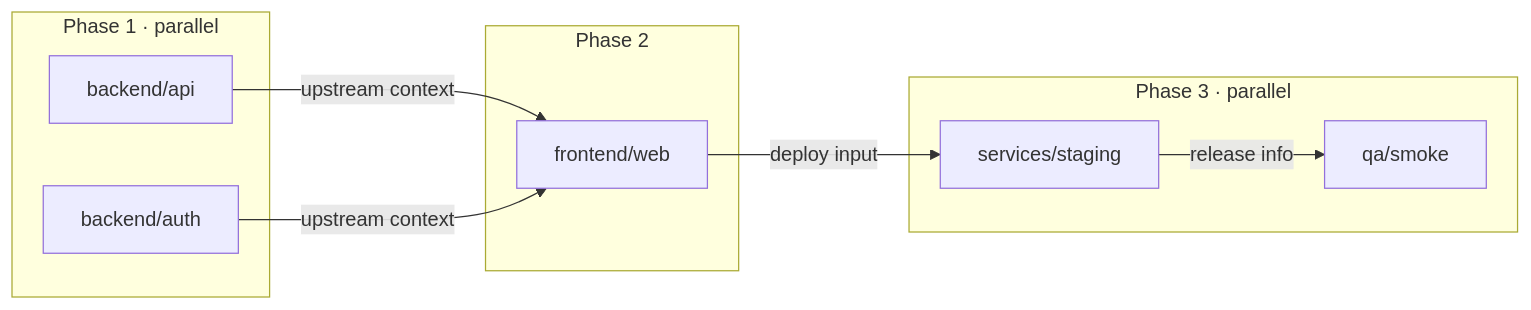
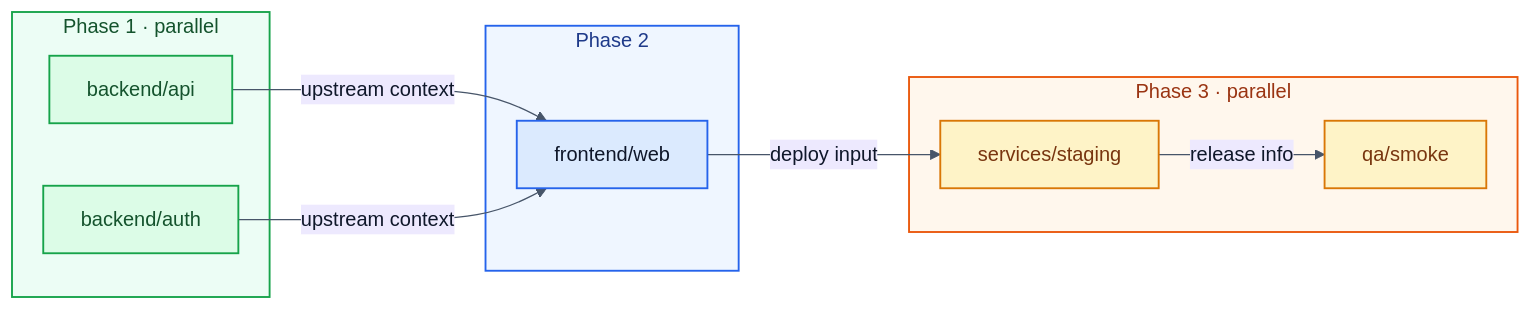
One commit to matteblack9/coding-agent-fabric changed the sixth of 12 diagrams in README.md. Above: the diagram before and after it, drawn with Mermaid. The commit also changed other lines of this file, not shown here.

Commit message:
docs: colorize README mermaid diagrams

````diff
--- a/README.md
+++ b/README.md
@@ -244,21 +309,32 @@
 ```mermaid
+%%{init: {"theme":"base","themeVariables":{"primaryColor":"#E6F1FB","primaryTextColor":"#0F172A","primaryBorderColor":"#185FA5","secondaryColor":"#EDE9FE","secondaryTextColor":"#1F2937","secondaryBorderColor":"#7C3AED","tertiaryColor":"#ECFDF5","tertiaryTextColor":"#14532D","tertiaryBorderColor":"#16A34A","lineColor":"#475569","clusterBkg":"#F8FAFC","clusterBorder":"#94A3B8","noteBkgColor":"#FEF3C7","noteTextColor":"#78350F","noteBorderColor":"#D97706","activationBkgColor":"#DBEAFE","activationBorderColor":"#2563EB","sequenceNumberColor":"#0F172A"}}}%%
 flowchart LR
     subgraph P1["Phase 1 · parallel"]
         A1["backend/api"]
         A2["backend/auth"]
     end
 
     subgraph P2["Phase 2"]
         B1["frontend/web"]
     end
 
     subgraph P3["Phase 3 · parallel"]
         C1["services/staging"]
         C2["qa/smoke"]
     end
 
     A1 -->|"upstream context"| B1
     A2 -->|"upstream context"| B1
     B1 -->|"deploy input"| C1
     C1 -->|"release info"| C2
+
+    classDef phase1 fill:#DCFCE7,stroke:#16A34A,color:#14532D,stroke-width:1.5px
+    classDef phase2 fill:#DBEAFE,stroke:#2563EB,color:#0F172A,stroke-width:1.5px
+    classDef phase3 fill:#FEF3C7,stroke:#D97706,color:#78350F,stroke-width:1.5px
+    style P1 fill:#ECFDF5,stroke:#16A34A,stroke-width:1.5px,color:#14532D
+    style P2 fill:#EFF6FF,stroke:#2563EB,stroke-width:1.5px,color:#1E3A8A
+    style P3 fill:#FFF7ED,stroke:#EA580C,stroke-width:1.5px,color:#9A3412
+    class A1,A2 phase1
+    class B1 phase2
+    class C1,C2 phase3
 ```
````
